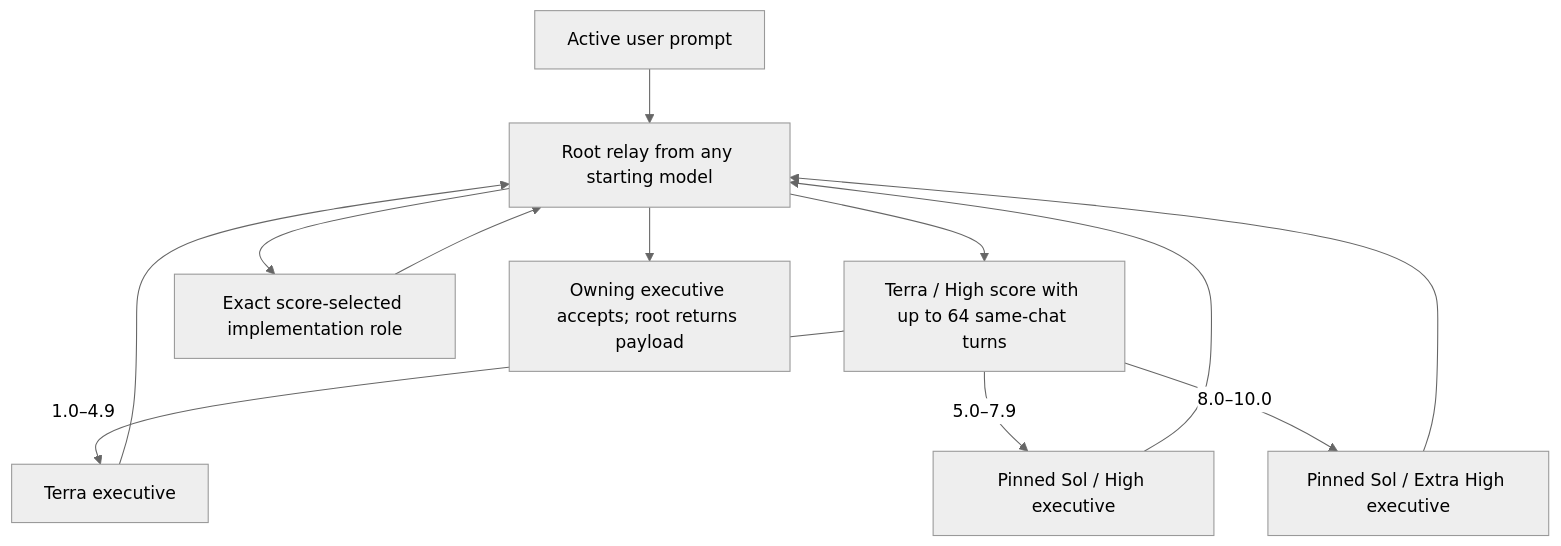
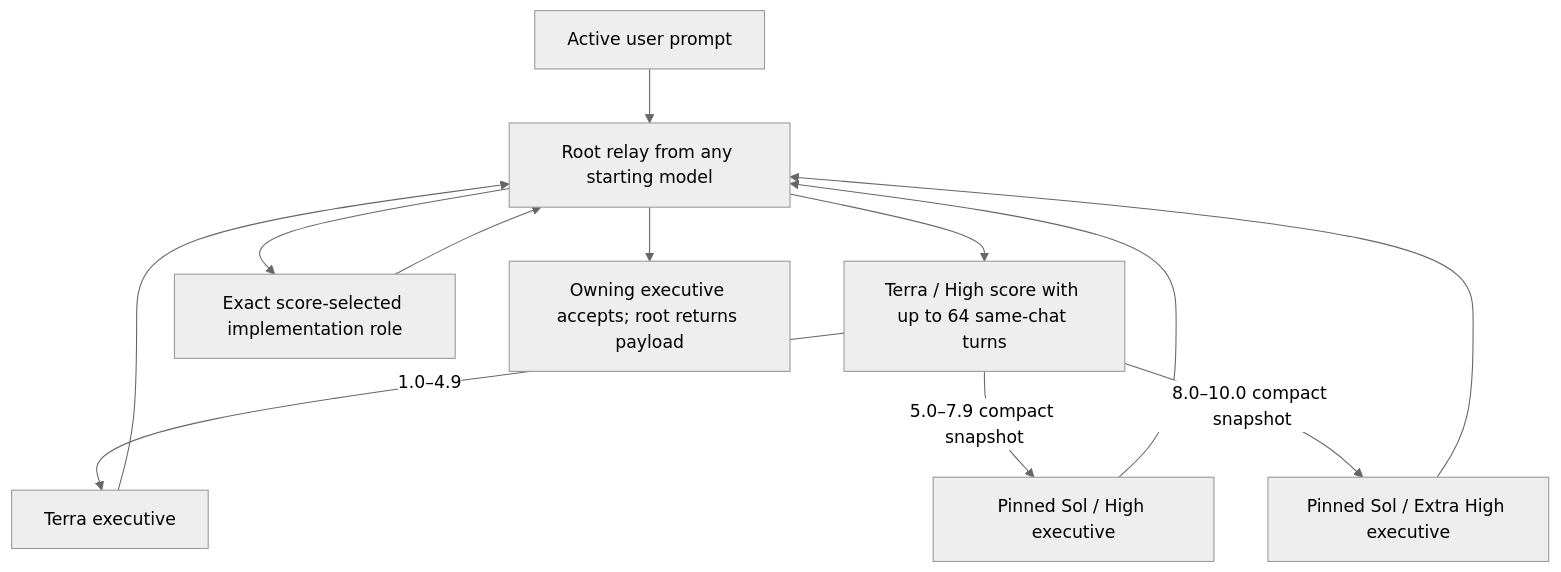
One commit to jessejaffe/codex-orchestration changed the diagram in README.md. Above: the diagram before and after it, drawn with Mermaid (neutral theme). The commit also changed other lines of this file and 6 other files, not shown here.

````diff
--- a/README.md
+++ b/README.md
@@ -89,14 +94,14 @@
 ```mermaid
 flowchart TD
     U["Active user prompt"] --> H["Root relay from any starting model"]
     H --> T["Terra / High score with up to 64 same-chat turns"]
     T -->|"1.0–4.9"| L["Terra executive"]
     L --> H
-    T -->|"5.0–7.9"| S["Pinned Sol / High executive"]
-    T -->|"8.0–10.0"| X["Pinned Sol / Extra High executive"]
+    T -->|"5.0–7.9 compact snapshot"| S["Pinned Sol / High executive"]
+    T -->|"8.0–10.0 compact snapshot"| X["Pinned Sol / Extra High executive"]
     S --> H
     X --> H
     H --> P["Exact score-selected implementation role"]
     P --> H
     H --> R["Owning executive accepts; root returns payload"]
 ```
````
